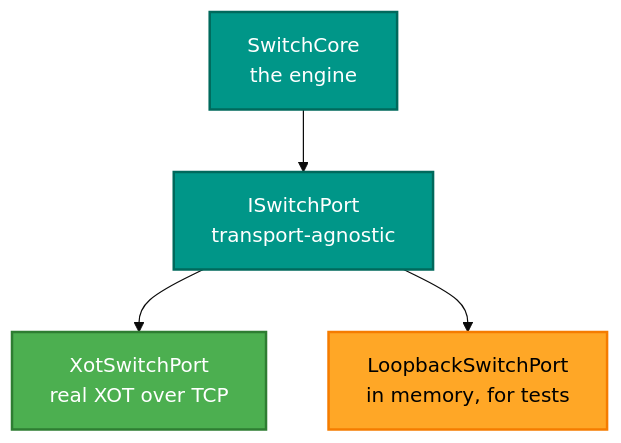
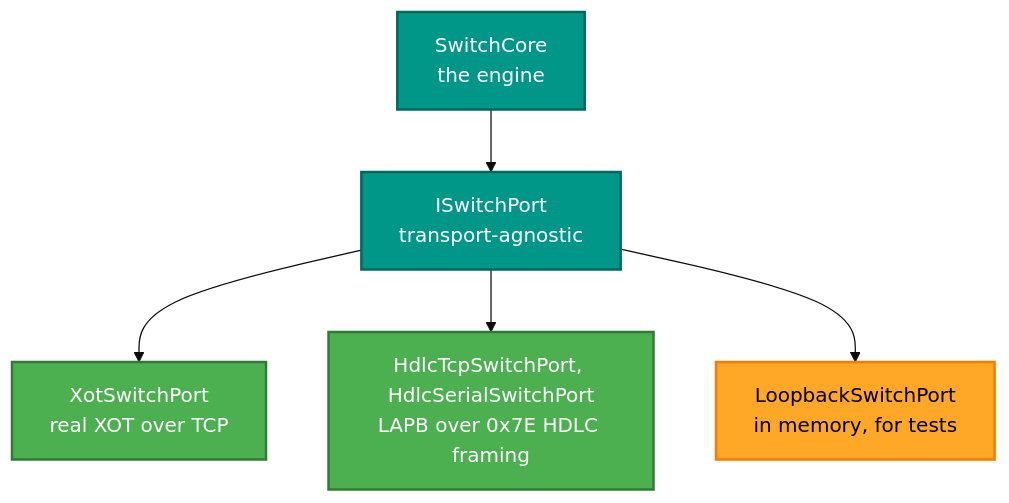
One commit to RetroCoreLabs/RetroIO changed the second of 2 diagrams in src/RetroIO.Protocols.X25.Switch/README.md. Above: the diagram before and after it, drawn with Mermaid (base theme). The commit also changed other lines of this file and 24 other files, not shown here.

First line of the commit message:
Switch: trunks over HDLC (hdlc-tcp and hdlc-serial), with a port factory

````diff
--- a/src/RetroIO.Protocols.X25.Switch/README.md
+++ b/src/RetroIO.Protocols.X25.Switch/README.md
@@ -79,20 +79,22 @@
 ```mermaid
 flowchart TB
     CORE["SwitchCore<br/>the engine"]
     IPORT["ISwitchPort<br/>transport-agnostic"]
     XOT["XotSwitchPort<br/>real XOT over TCP"]
+    HDLC["HdlcTcpSwitchPort, HdlcSerialSwitchPort<br/>LAPB over 0x7E HDLC framing"]
     LOOP["LoopbackSwitchPort<br/>in memory, for tests"]
 
     CORE --> IPORT
     IPORT --> XOT
+    IPORT --> HDLC
     IPORT --> LOOP
 
     classDef core fill:#009688,stroke:#00695C,stroke-width:2px,color:#fff
     classDef ok   fill:#4CAF50,stroke:#2E7D32,stroke-width:2px,color:#fff
     classDef test fill:#FFA726,stroke:#F57C00,stroke-width:2px,color:#000
 
     class CORE core
     class IPORT core
-    class XOT ok
+    class XOT,HDLC ok
     class LOOP test
 ```
````
